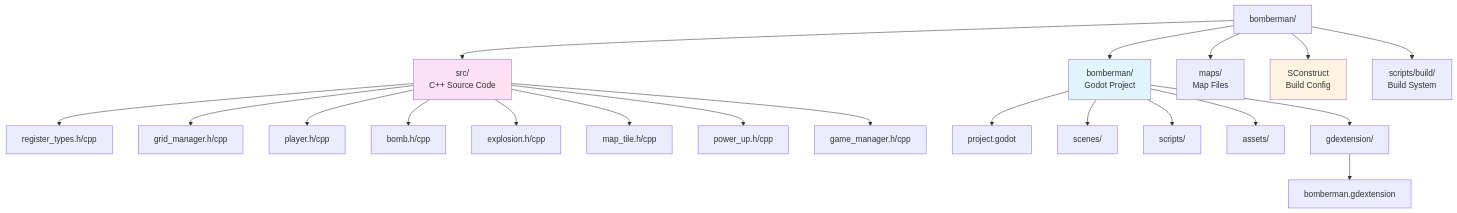
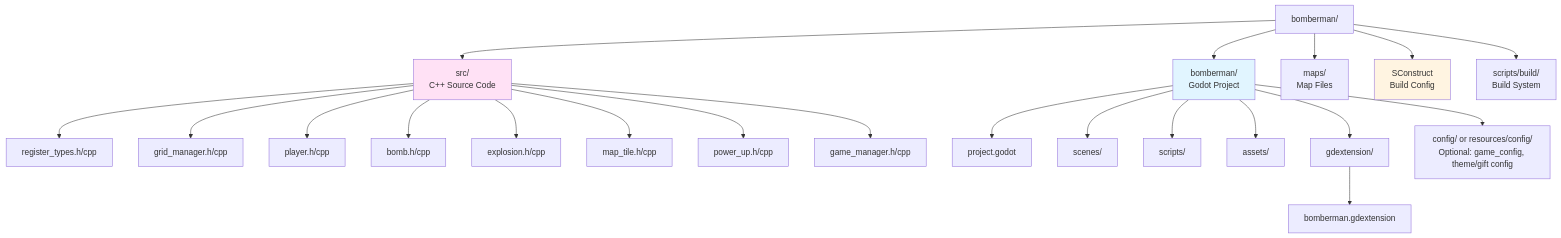
Before and after one commit to convexwf/bomberman-godot: the ninth of 9 diagrams in doc/TECHNICAL_DESIGN.md, drawn with Mermaid. The commit also changed other lines of this file and 3 other files, not shown here.

````diff
--- a/doc/TECHNICAL_DESIGN.md
+++ b/doc/TECHNICAL_DESIGN.md
@@ -506,28 +520,29 @@
 ```mermaid
 graph TD
     A[bomberman/] --> B[src/<br/>C++ Source Code]
     A --> C[bomberman/<br/>Godot Project]
     A --> D[maps/<br/>Map Files]
     A --> E[SConstruct<br/>Build Config]
     A --> F[scripts/build/<br/>Build System]
     
     B --> B1[register_types.h/cpp]
     B --> B2[grid_manager.h/cpp]
     B --> B3[player.h/cpp]
     B --> B4[bomb.h/cpp]
     B --> B5[explosion.h/cpp]
     B --> B6[map_tile.h/cpp]
     B --> B7[power_up.h/cpp]
     B --> B8[game_manager.h/cpp]
     
     C --> C1[project.godot]
     C --> C2[scenes/]
     C --> C3[scripts/]
     C --> C4[assets/]
     C --> C5[gdextension/]
     C5 --> C6[bomberman.gdextension]
+    C --> C7[config/ or resources/config/<br/>Optional: game_config, theme/gift config]
     
     style B fill:#ffe1f5
     style C fill:#e1f5ff
     style E fill:#fff4e1
 ```
````
